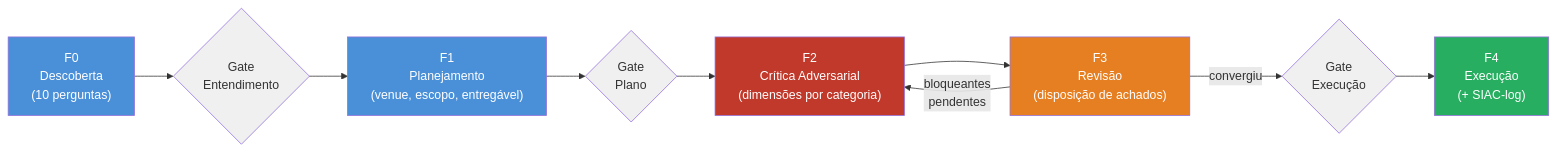
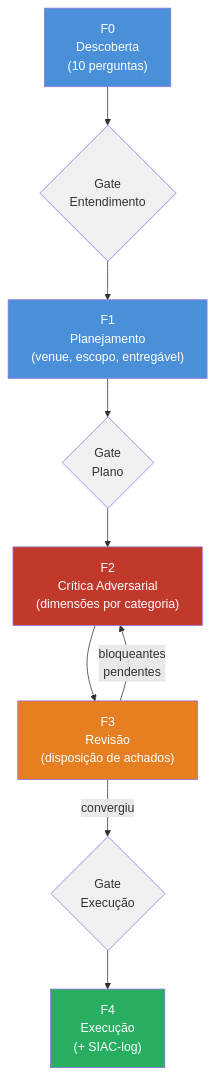
One commit to jasminemoreira/SIAC changed the diagram in README.md. Above: the diagram before and after it, drawn with Mermaid.

Commit message:
Altera diagrama Mermaid para layout vertical

````diff
--- a/README.md
+++ b/README.md
@@ -7,26 +7,26 @@
 ```mermaid
-flowchart LR
+flowchart TD
     F0["F0\nDescoberta\n(10 perguntas)"]
     G1{Gate\nEntendimento}
     F1["F1\nPlanejamento\n(venue, escopo, entregável)"]
     G2{Gate\nPlano}
     F2["F2\nCrítica Adversarial\n(dimensões por categoria)"]
     F3["F3\nRevisão\n(disposição de achados)"]
     G3{Gate\nExecução}
     F4["F4\nExecução\n(+ SIAC-log)"]
 
     F0 --> G1 --> F1 --> G2 --> F2
     F2 --> F3
     F3 -->|bloqueantes\npendentes| F2
     F3 -->|convergiu| G3
     G3 --> F4
 
     style F0 fill:#4a90d9,color:#fff
     style F1 fill:#4a90d9,color:#fff
     style F2 fill:#c0392b,color:#fff
     style F3 fill:#e67e22,color:#fff
     style F4 fill:#27ae60,color:#fff
     style G1 fill:#f0f0f0,color:#333
     style G2 fill:#f0f0f0,color:#333
     style G3 fill:#f0f0f0,color:#333
 ```
````
